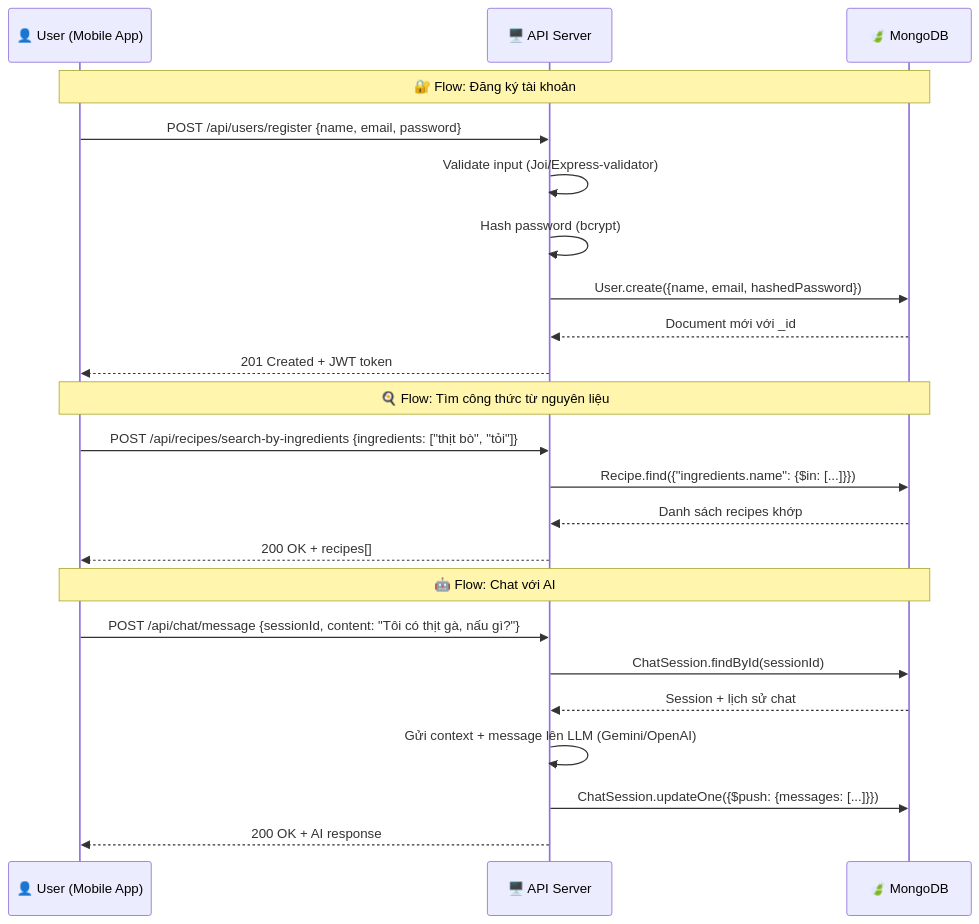
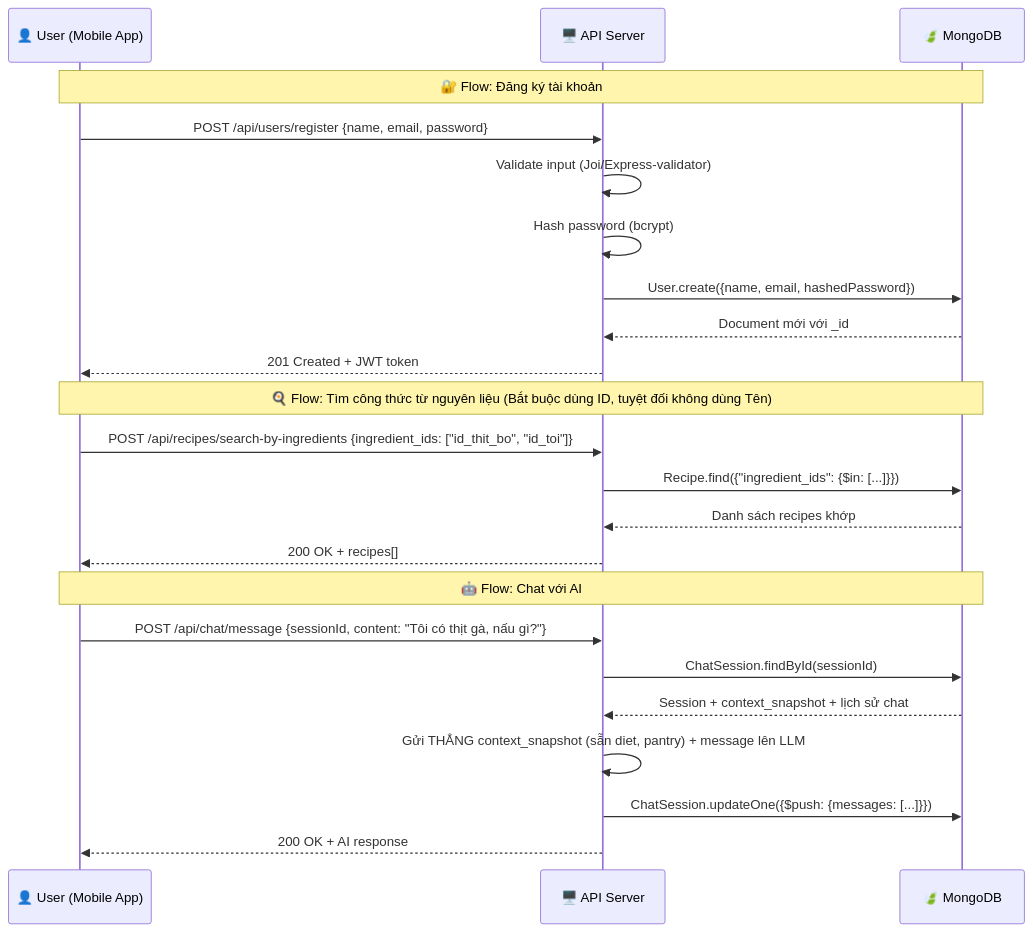
Before and after one commit to ngocbuivipro/Eatsy-AI-Powered-Culinary-Assistant-Meal-Planner: the second of 2 diagrams in backend/database_design_guide.md, drawn with Mermaid. The commit also changed other lines of this file and 3 other files, not shown here.

Commit message:
docs(db): refactor database design to production-level query-driven schema

````diff
--- a/backend/database_design_guide.md
+++ b/backend/database_design_guide.md
@@ -943,28 +948,28 @@
 ```mermaid
 sequenceDiagram
     participant U as 👤 User (Mobile App)
     participant A as 🖥️ API Server
     participant M as 🍃 MongoDB
 
     Note over U,M: 🔐 Flow: Đăng ký tài khoản
     U->>A: POST /api/users/register {name, email, password}
     A->>A: Validate input (Joi/Express-validator)
     A->>A: Hash password (bcrypt)
     A->>M: User.create({name, email, hashedPassword})
     M-->>A: Document mới với _id
     A-->>U: 201 Created + JWT token
 
-    Note over U,M: 🍳 Flow: Tìm công thức từ nguyên liệu
-    U->>A: POST /api/recipes/search-by-ingredients {ingredients: ["thịt bò", "tỏi"]}
-    A->>M: Recipe.find({"ingredients.name": {$in: [...]}})
+    Note over U,M: 🍳 Flow: Tìm công thức từ nguyên liệu (Bắt buộc dùng ID, tuyệt đối không dùng Tên)
+    U->>A: POST /api/recipes/search-by-ingredients {ingredient_ids: ["id_thit_bo", "id_toi"]}
+    A->>M: Recipe.find({"ingredient_ids": {$in: [...]}})
     M-->>A: Danh sách recipes khớp
     A-->>U: 200 OK + recipes[]
 
     Note over U,M: 🤖 Flow: Chat với AI
     U->>A: POST /api/chat/message {sessionId, content: "Tôi có thịt gà, nấu gì?"}
     A->>M: ChatSession.findById(sessionId)
-    M-->>A: Session + lịch sử chat
-    A->>A: Gửi context + message lên LLM (Gemini/OpenAI)
+    M-->>A: Session + context_snapshot + lịch sử chat
+    A->>A: Gửi THẲNG context_snapshot (sẵn diet, pantry) + message lên LLM
     A->>M: ChatSession.updateOne({$push: {messages: [...]}})
     A-->>U: 200 OK + AI response
 ```
````
